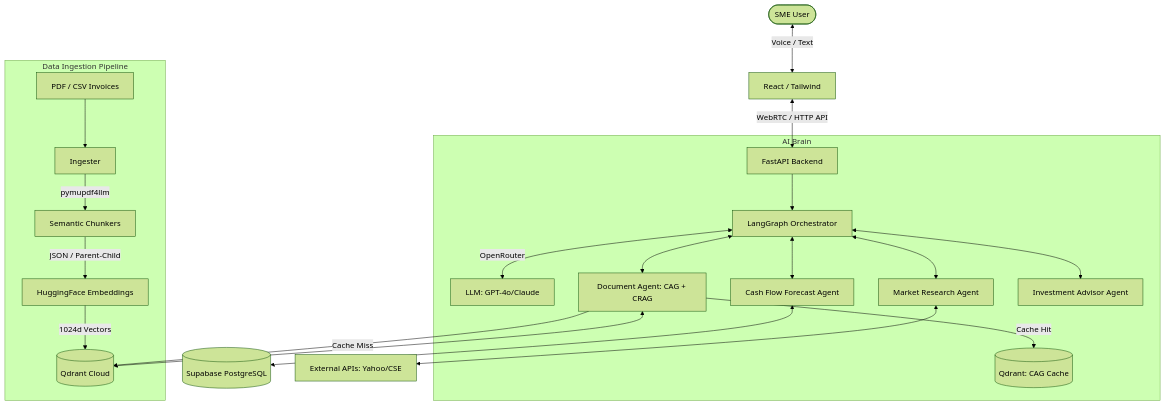
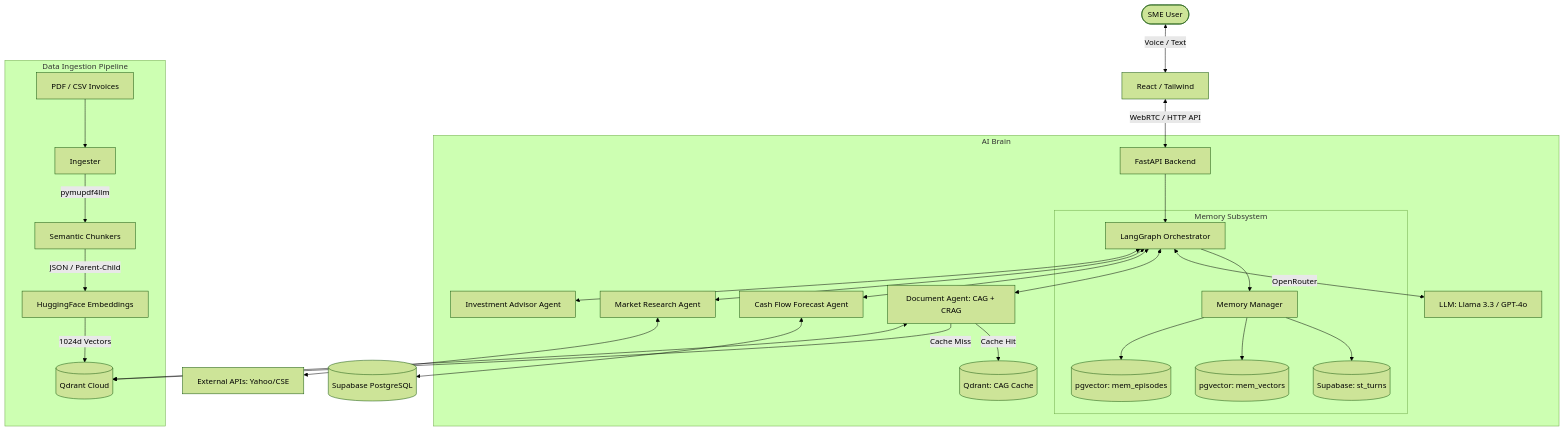
One commit to dinod001/FinVox changed the diagram in README.md. Above: the diagram before and after it, drawn with Mermaid (forest theme). The commit also changed other lines of this file and 9 other files, not shown here.

Commit message:
feat: implement memory system with persistence, configuration management, and LLM provider abstractions

````diff
--- a/README.md
+++ b/README.md
@@ -24,27 +28,35 @@
 ```mermaid
 graph TD
     User([SME User]) <--> |Voice / Text| Frontend[React / Tailwind]
     Frontend <--> |WebRTC / HTTP API| Backend[FastAPI Backend]
 
     subgraph Data Ingestion Pipeline
         RawFiles[PDF / CSV Invoices] --> Ingester[Ingester]
         Ingester --> |pymupdf4llm| Chunker[Semantic Chunkers]
         Chunker --> |JSON / Parent-Child| Embedder[HuggingFace Embeddings]
         Embedder --> |1024d Vectors| Qdrant[(Qdrant Cloud)]
     end
 
     subgraph AI Brain
         Backend --> Orchestrator[LangGraph Orchestrator]
-        Orchestrator <--> |OpenRouter| LLM[LLM: GPT-4o/Claude]
+        
+        subgraph Memory Subsystem
+            Orchestrator --> MemManager[Memory Manager]
+            MemManager --> ST[(Supabase: st_turns)]
+            MemManager --> LT[(pgvector: mem_vectors)]
+            MemManager --> Episodic[(pgvector: mem_episodes)]
+        end
+        
+        Orchestrator <--> |OpenRouter| LLM[LLM: Llama 3.3 / GPT-4o]
         Orchestrator <--> Agent1[Document Agent: CAG + CRAG]
         Orchestrator <--> Agent2[Cash Flow Forecast Agent]
         Orchestrator <--> Agent3[Market Research Agent]
         Orchestrator <--> Agent4[Investment Advisor Agent]
         Agent1 --> |Cache Hit| CAGCache[(Qdrant: CAG Cache)]
         Agent1 --> |Cache Miss| Qdrant
     end
 
     Agent1 <--> Qdrant
     Agent2 <--> Supabase[(Supabase PostgreSQL)]
     Agent3 <--> ExternalAPIs[External APIs: Yahoo/CSE]
 ```
````
